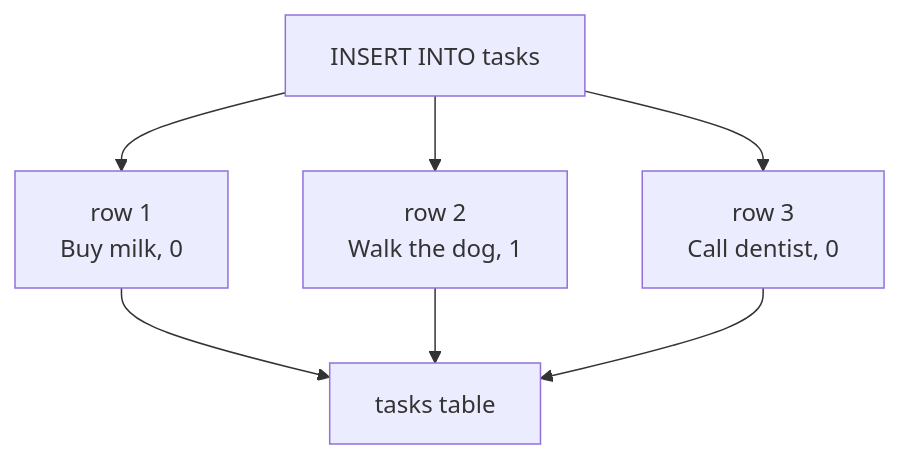
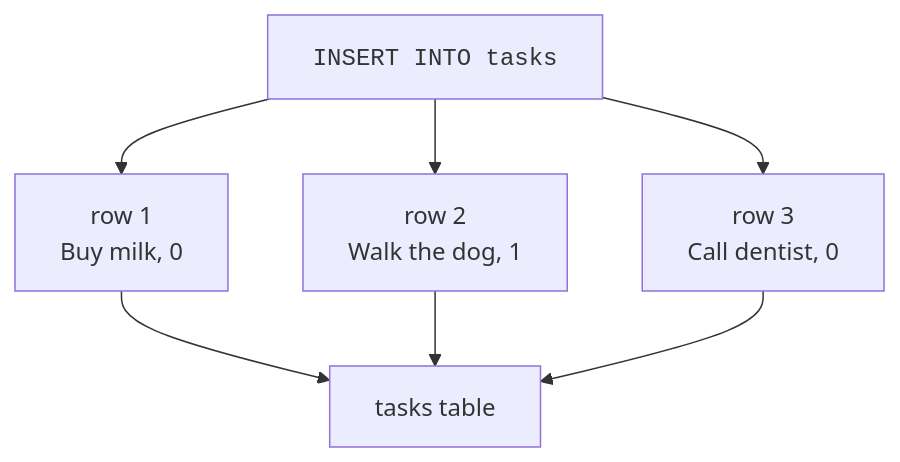
The third of 3 diagrams in content/learn/sqlite-for-beginners/inserting-data.mdx (dataslope/dataslope), drawn with Mermaid before and after one commit. The commit also changed other lines of this file and 56 other files, not shown here.

````diff
--- a/content/learn/sqlite-for-beginners/inserting-data.mdx
+++ b/content/learn/sqlite-for-beginners/inserting-data.mdx
@@ -127,9 +127,9 @@
 ```mermaid
 flowchart TB
-    I["INSERT INTO tasks"] --> R1["row 1<br/>Buy milk, 0"]
+    I["<code>INSERT INTO tasks</code>"] --> R1["row 1<br/>Buy milk, 0"]
     I --> R2["row 2<br/>Walk the dog, 1"]
     I --> R3["row 3<br/>Call dentist, 0"]
     R1 --> T["tasks table"]
     R2 --> T
     R3 --> T
 ```
````
